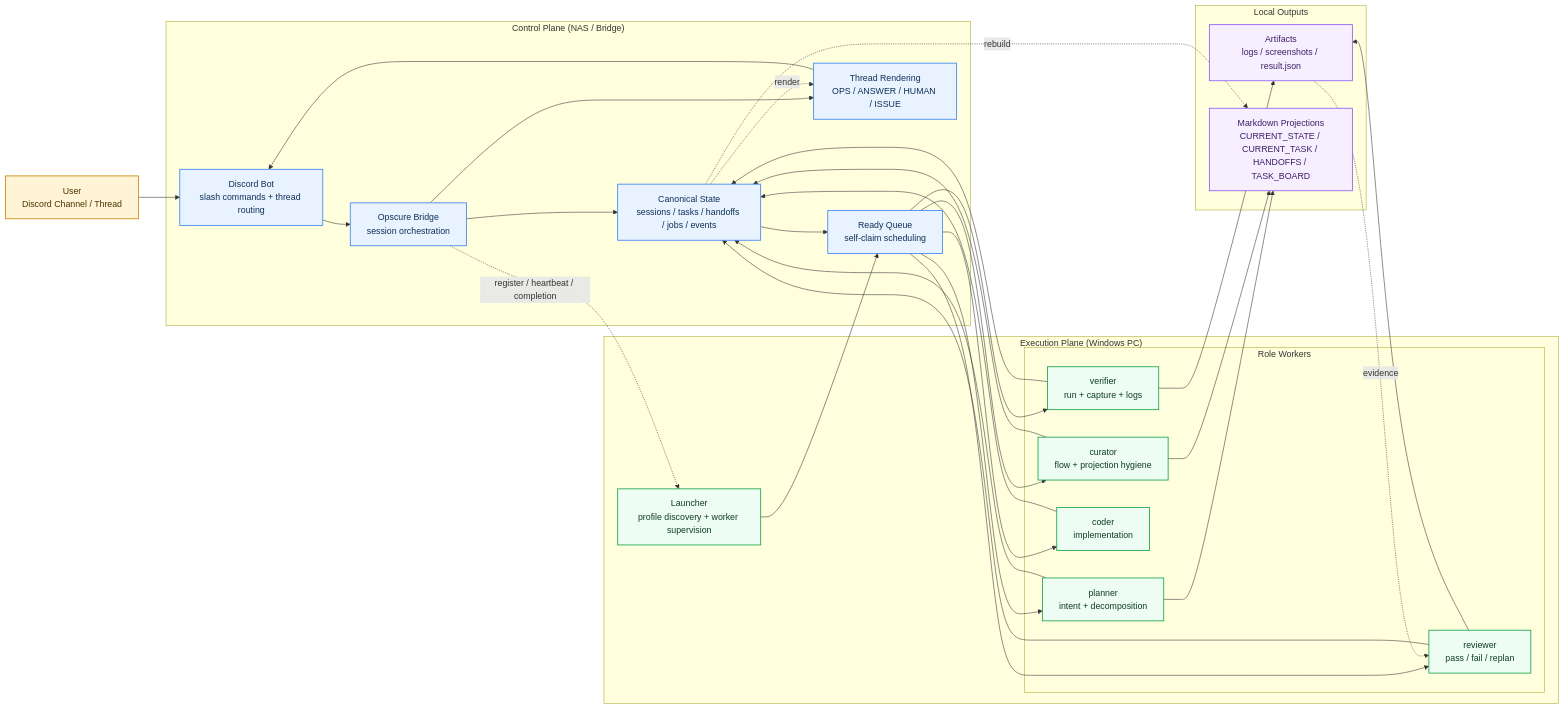
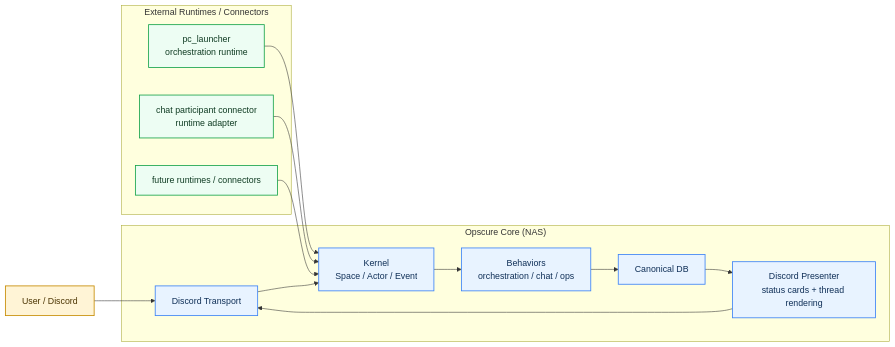
Before and after one commit to darkhtk/ops-cure: the diagram in README.md, drawn with Mermaid. The commit also changed other lines of this file, not shown here.

Commit message:
Reframe README around the generic kernel

````diff
--- a/README.md
+++ b/README.md
@@ -27,69 +37,37 @@
 ```mermaid
 flowchart LR
-    user["User<br/>Discord Channel / Thread"]
+    user["User / Discord"]
 
-    subgraph control["Control Plane (NAS / Bridge)"]
-        discord["Discord Bot<br/>slash commands + thread routing"]
-        bridge["Opscure Bridge<br/>session orchestration"]
-        state["Canonical State<br/>sessions / tasks / handoffs / jobs / events"]
-        queue["Ready Queue<br/>self-claim scheduling"]
-        announce["Thread Rendering<br/>OPS / ANSWER / HUMAN / ISSUE"]
+    subgraph core["Opscure Core (NAS)"]
+        transport["Discord Transport"]
+        kernel["Kernel<br/>Space / Actor / Event"]
+        behaviors["Behaviors<br/>orchestration / chat / ops"]
+        presenter["Discord Presenter<br/>status cards + thread rendering"]
+        db["Canonical DB"]
     end
 
-    subgraph execution["Execution Plane (Windows PC)"]
-        launcher["Launcher<br/>profile discovery + worker supervision"]
-
-        subgraph agents["Role Workers"]
-            planner["planner<br/>intent + decomposition"]
-            curator["curator<br/>flow + projection hygiene"]
-            coder["coder<br/>implementation"]
-            verifier["verifier<br/>run + capture + logs"]
-            reviewer["reviewer<br/>pass / fail / replan"]
-        end
+    subgraph runtimes["External Runtimes / Connectors"]
+        orch["pc_launcher<br/>orchestration runtime"]
+        chatc["chat participant connector<br/>runtime adapter"]
+        future["future runtimes / connectors"]
     end
 
-    subgraph outputs["Local Outputs"]
-        artifacts["Artifacts<br/>logs / screenshots / result.json"]
-        projections["Markdown Projections<br/>CURRENT_STATE / CURRENT_TASK / HANDOFFS / TASK_BOARD"]
-    end
+    user --> transport
+    transport --> kernel
+    kernel --> behaviors
+    behaviors --> db
+    db --> presenter
+    presenter --> transport
 
-    user --> discord
-    discord --> bridge
-    bridge --> state
-    state --> queue
-    bridge --> announce
-    announce --> discord
+    orch --> kernel
+    chatc --> kernel
+    future --> kernel
 
-    launcher --> queue
-    queue --> planner
-    queue --> curator
-    queue --> coder
-    queue --> verifier
-    queue --> reviewer
-
-    planner --> state
-    curator --> state
-    coder --> state
-    verifier --> state
-    reviewer --> state
-
-    planner --> projections
-    curator --> projections
-    verifier --> artifacts
-    reviewer --> artifacts
-
-    state -. rebuild .-> projections
-    artifacts -. evidence .-> reviewer
-    state -. render .-> announce
-    bridge -. register / heartbeat / completion .-> launcher
-
+    classDef core fill:#e8f3ff,stroke:#3b82f6,color:#0f2f57,stroke-width:1.5px;
+    classDef runtime fill:#edfdf3,stroke:#16a34a,color:#0f3b22,stroke-width:1.5px;
     classDef user fill:#fff4d6,stroke:#c68a00,color:#4a3300,stroke-width:1.5px;
-    classDef control fill:#e8f3ff,stroke:#3b82f6,color:#0f2f57,stroke-width:1.5px;
-    classDef execution fill:#edfdf3,stroke:#16a34a,color:#0f3b22,stroke-width:1.5px;
-    classDef output fill:#f6efff,stroke:#8b5cf6,color:#3c1f66,stroke-width:1.5px;
 
     class user user;
-    class discord,bridge,state,queue,announce control;
-    class launcher,planner,curator,coder,verifier,reviewer execution;
-    class artifacts,projections output;
+    class transport,kernel,behaviors,presenter,db core;
+    class orch,chatc,future runtime;
 ```
````
